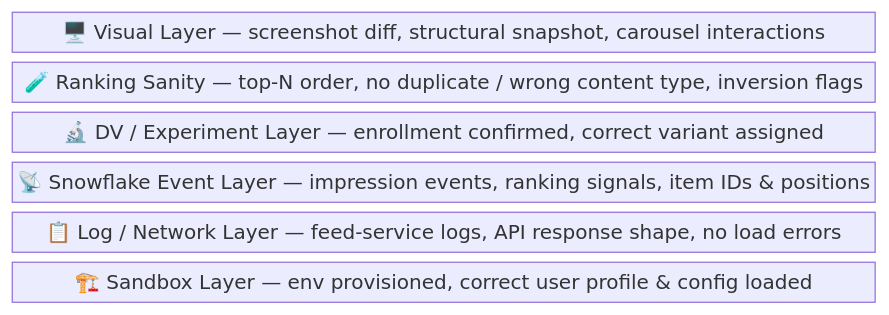
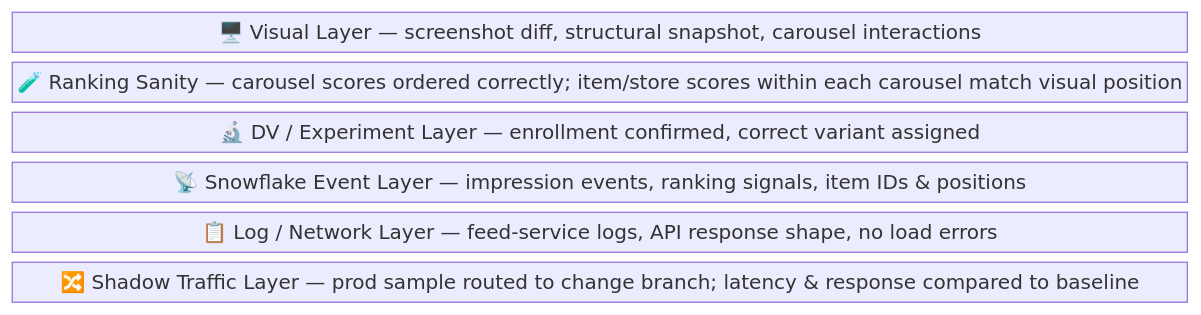
Before and after one commit to daniel-fonyo/dd-brain: the second of 2 diagrams in sandbox-e2e-testing/1-pager.md, drawn with Mermaid. The commit also changed other lines of this file, not shown here.

Commit message:
Fix pipeline diagram, add shadow traffic, update ranking sanity descriptions

````diff
--- a/sandbox-e2e-testing/1-pager.md
+++ b/sandbox-e2e-testing/1-pager.md
@@ -30,10 +33,10 @@
 ```mermaid
 block-beta
   columns 1
   A["🖥️  Visual Layer — screenshot diff, structural snapshot, carousel interactions"]
-  B["🧪  Ranking Sanity — top-N order, no duplicate / wrong content type, inversion flags"]
+  B["🧪  Ranking Sanity — carousel scores ordered correctly; item/store scores within each carousel match visual position"]
   C["🔬  DV / Experiment Layer — enrollment confirmed, correct variant assigned"]
   D["📡  Snowflake Event Layer — impression events, ranking signals, item IDs & positions"]
   E["📋  Log / Network Layer — feed-service logs, API response shape, no load errors"]
-  F["🏗️  Sandbox Layer — env provisioned, correct user profile & config loaded"]
+  F["🔀  Shadow Traffic Layer — prod sample routed to change branch; latency & response compared to baseline"]
 ```
````
